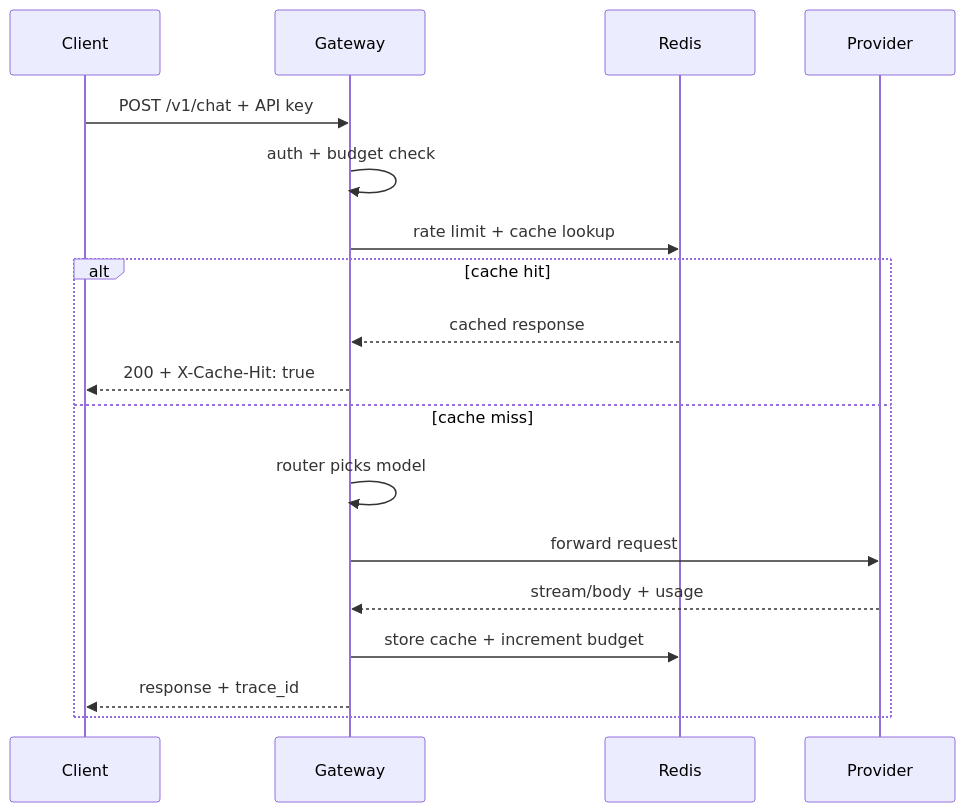
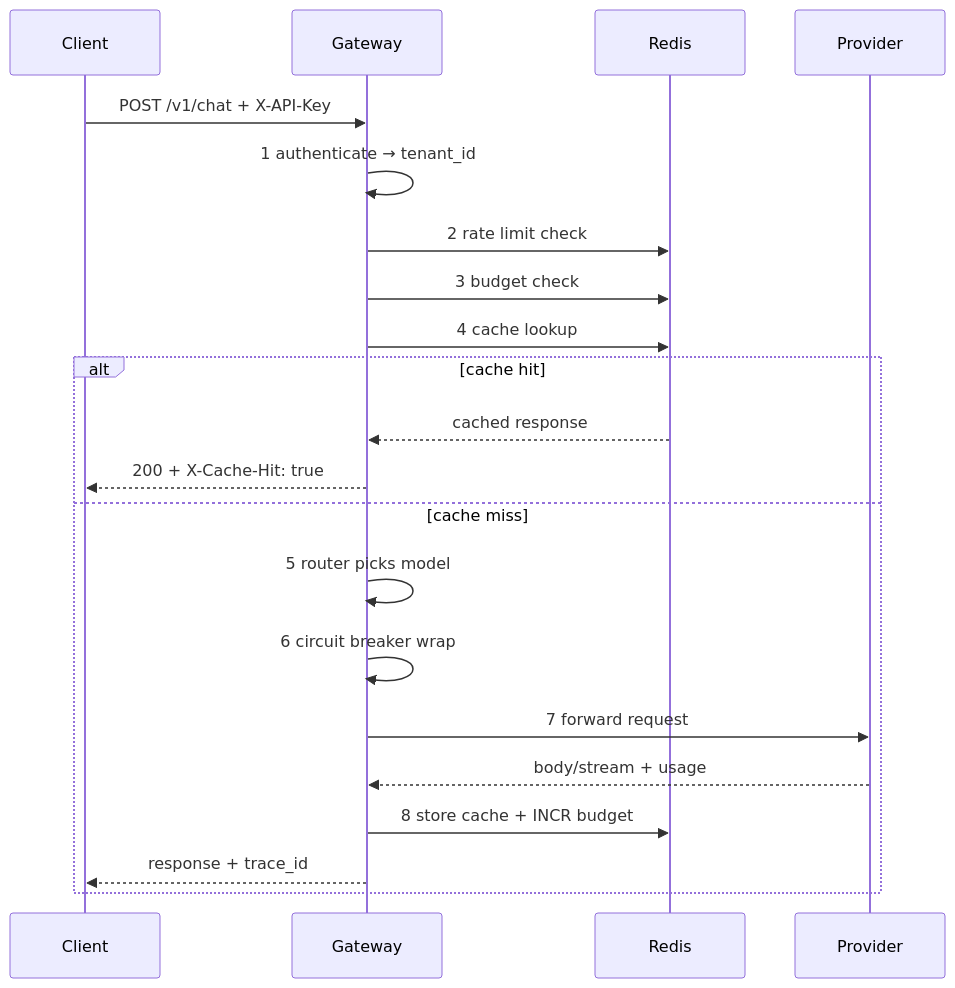
One commit to codevoks/Learning changed the first of 3 diagrams in AI/AI Development/modules/03-project-llm-gateway/MODULE.md. Above: the diagram before and after it, drawn with Mermaid. The commit also changed other lines of this file and 32 other files, not shown here.

````diff
--- a/AI/AI Development/modules/03-project-llm-gateway/MODULE.md
+++ b/AI/AI Development/modules/03-project-llm-gateway/MODULE.md
@@ -91,20 +193,23 @@
 ```mermaid
 sequenceDiagram
     participant C as Client
     participant G as Gateway
     participant R as Redis
     participant P as Provider
-    C->>G: POST /v1/chat + API key
-    G->>G: auth + budget check
-    G->>R: rate limit + cache lookup
+    C->>G: POST /v1/chat + X-API-Key
+    G->>G: 1 authenticate → tenant_id
+    G->>R: 2 rate limit check
+    G->>R: 3 budget check
+    G->>R: 4 cache lookup
     alt cache hit
         R-->>G: cached response
         G-->>C: 200 + X-Cache-Hit: true
     else cache miss
-        G->>G: router picks model
-        G->>P: forward request
-        P-->>G: stream/body + usage
-        G->>R: store cache + increment budget
+        G->>G: 5 router picks model
+        G->>G: 6 circuit breaker wrap
+        G->>P: 7 forward request
+        P-->>G: body/stream + usage
+        G->>R: 8 store cache + INCR budget
         G-->>C: response + trace_id
     end
 ```
````
